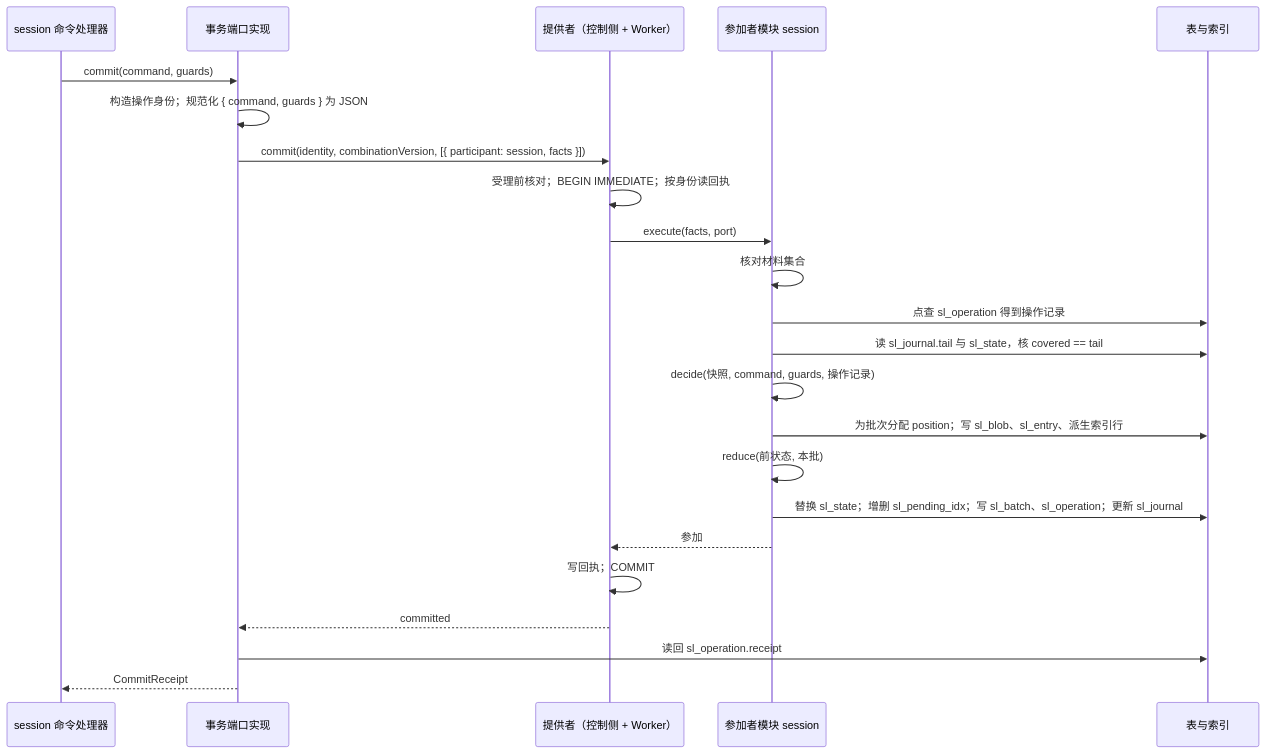
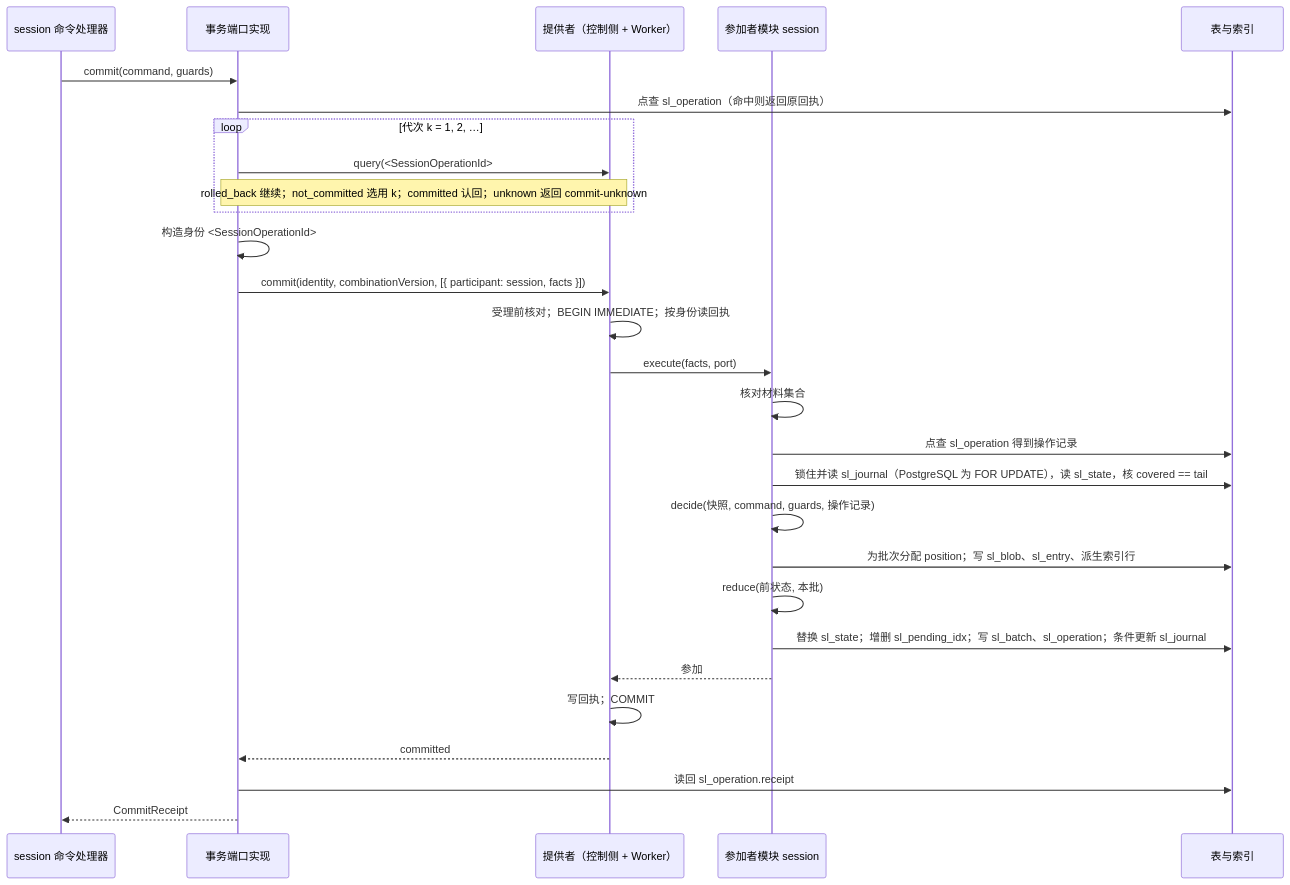
Before and after one commit to nemori-ai/omne-harness-lite: the first of 5 diagrams in packages/session/session-storage-sql/docs/flows.md, drawn with Mermaid. The commit also changed other lines of this file and 25 other files, not shown here.

````diff
--- a/packages/session/session-storage-sql/docs/flows.md
+++ b/packages/session/session-storage-sql/docs/flows.md
@@ -11,25 +11,30 @@
 ```mermaid
 sequenceDiagram
     participant S as session 命令处理器
     participant T as 事务端口实现
     participant P as 提供者（控制侧 + Worker）
     participant M as 参加者模块 session
     participant D as 表与索引
     S->>T: commit(command, guards)
-    T->>T: 构造操作身份；规范化 { command, guards } 为 JSON
+    T->>D: 点查 sl_operation（命中则返回原回执）
+    loop 代次 k = 1, 2, …
+        T->>P: query(<SessionOperationId>#k)
+        Note over T,P: rolled_back 继续；not_committed 选用 k；committed 认回；unknown 返回 commit-unknown
+    end
+    T->>T: 构造身份 <SessionOperationId>#k；规范化 { command, guards } 为 JSON
     T->>P: commit(identity, combinationVersion, [{ participant: session, facts }])
     P->>P: 受理前核对；BEGIN IMMEDIATE；按身份读回执
     P->>M: execute(facts, port)
     M->>M: 核对材料集合
     M->>D: 点查 sl_operation 得到操作记录
-    M->>D: 读 sl_journal.tail 与 sl_state，核 covered == tail
+    M->>D: 锁住并读 sl_journal（PostgreSQL 为 FOR UPDATE），读 sl_state，核 covered == tail
     M->>M: decide(快照, command, guards, 操作记录)
     M->>D: 为批次分配 position；写 sl_blob、sl_entry、派生索引行
     M->>M: reduce(前状态, 本批)
-    M->>D: 替换 sl_state；增删 sl_pending_idx；写 sl_batch、sl_operation；更新 sl_journal
+    M->>D: 替换 sl_state；增删 sl_pending_idx；写 sl_batch、sl_operation；条件更新 sl_journal
     M-->>P: 参加
     P->>P: 写回执；COMMIT
     P-->>T: committed
     T->>D: 读回 sl_operation.receipt
     T-->>S: CommitReceipt
 ```
````
